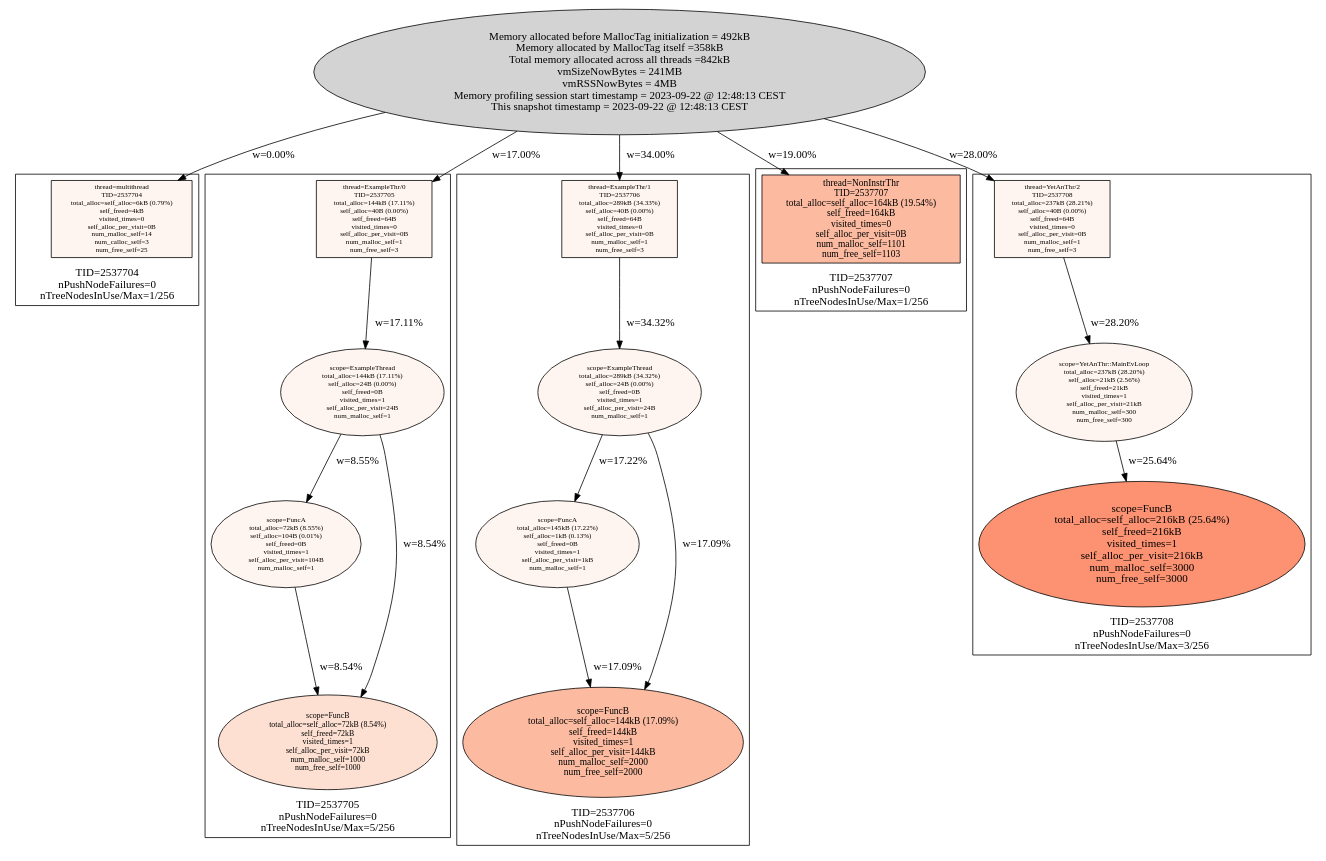
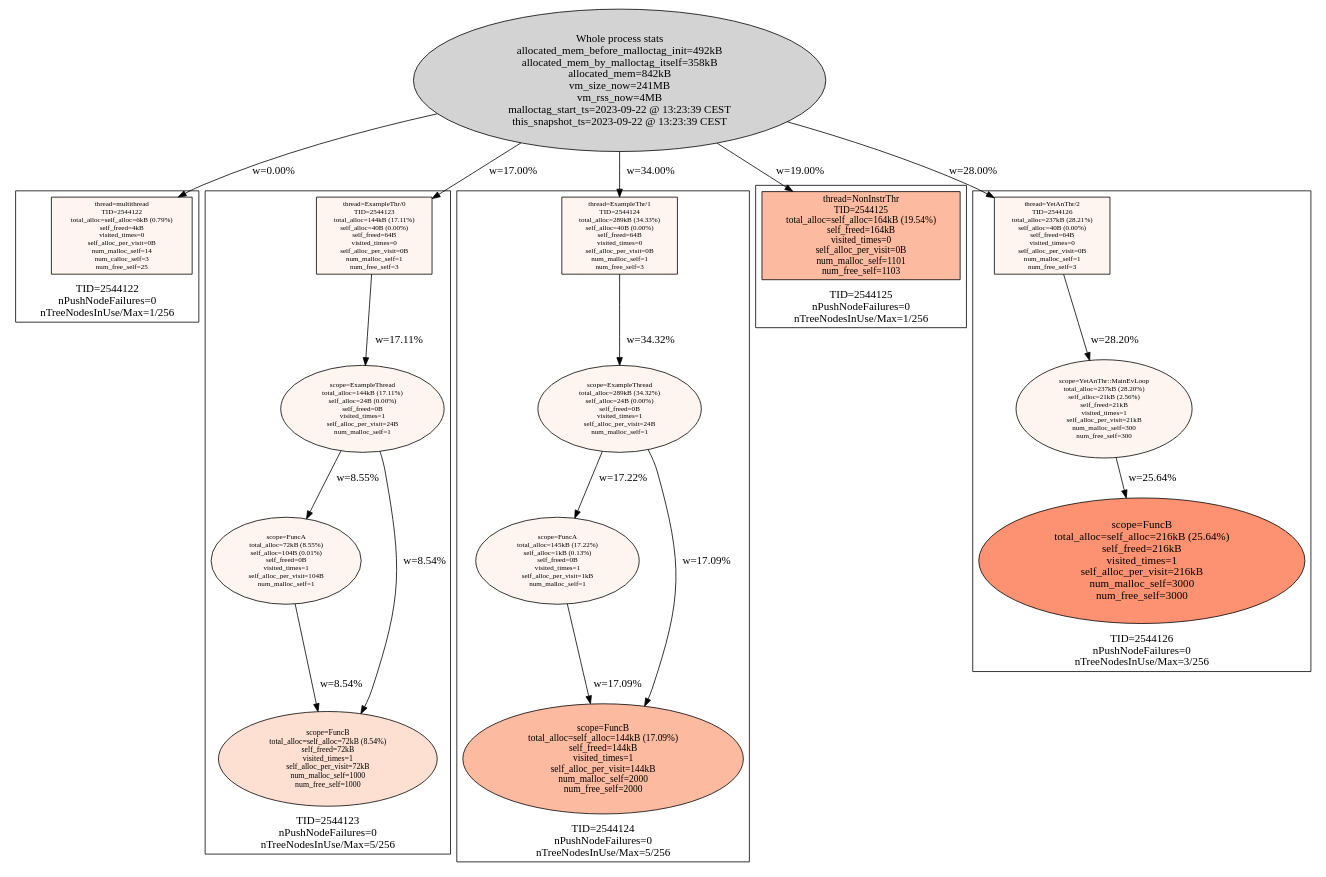
Before and after one commit to f18m/malloc-tag: the diagram in examples/multithread/multithread_stats.dot, drawn with Graphviz. The commit also changed 3 other files, not shown here.

```diff
--- a/examples/multithread/multithread_stats.dot
+++ b/examples/multithread/multithread_stats.dot
@@ -1,80 +1,80 @@
 digraph AllMallocTrees {
  node [colorscheme=reds9 style=filled]
-  "Process 2537704" [label="Memory allocated before MallocTag initialization = 492kB\nMemory allocated by MallocTag itself =358kB\nTotal memory allocated across all threads =842kB\nvmSizeNowBytes = 241MB\nvmRSSNowBytes = 4MB\nMemory profiling session start timestamp = 2023-09-22 @ 12:48:13 CEST\nThis snapshot timestamp = 2023-09-22 @ 12:48:13 CEST\n"
+  "Process 2544122" [label="Whole process stats\nallocated_mem_before_malloctag_init=492kB\nallocated_mem_by_malloctag_itself=358kB\nallocated_mem=842kB\nvm_size_now=241MB\nvm_rss_now=4MB\nmalloctag_start_ts=2023-09-22 @ 13:23:39 CEST\nthis_snapshot_ts=2023-09-22 @ 13:23:39 CEST\n"
 ]
- subgraph cluster_TID2537704 {
+ subgraph cluster_TID2544122 {
   node [colorscheme=reds9 style=filled]
   labelloc="b"
-  label="TID=2537704\nnPushNodeFailures=0\nnTreeNodesInUse/Max=1/256\n"
-  "2537704_multithread" [label="thread=multithread\nTID=2537704\ntotal_alloc=self_alloc=6kB (0.79%)\nself_freed=4kB\nvisited_times=0\nself_alloc_per_visit=0B\nnum_malloc_self=14\nnum_calloc_self=3\nnum_free_self=25\n"
+  label="TID=2544122\nnPushNodeFailures=0\nnTreeNodesInUse/Max=1/256\n"
+  "2544122_multithread" [label="thread=multithread\nTID=2544122\ntotal_alloc=self_alloc=6kB (0.79%)\nself_freed=4kB\nvisited_times=0\nself_alloc_per_visit=0B\nnum_malloc_self=14\nnum_calloc_self=3\nnum_free_self=25\n"
  shape=box fillcolor=1 fontsize=9]
  }
 
-  "Process 2537704" -> "2537704_multithread" [label="w=0.00%"]
- subgraph cluster_TID2537705 {
+  "Process 2544122" -> "2544122_multithread" [label="w=0.00%"]
+ subgraph cluster_TID2544123 {
   node [colorscheme=reds9 style=filled]
   labelloc="b"
-  label="TID=2537705\nnPushNodeFailures=0\nnTreeNodesInUse/Max=5/256\n"
-  "2537705_ExampleThr/0" [label="thread=ExampleThr/0\nTID=2537705\ntotal_alloc=144kB (17.11%)\nself_alloc=40B (0.00%)\nself_freed=64B\nvisited_times=0\nself_alloc_per_visit=0B\nnum_malloc_self=1\nnum_free_self=3\n"
+  label="TID=2544123\nnPushNodeFailures=0\nnTreeNodesInUse/Max=5/256\n"
+  "2544123_ExampleThr/0" [label="thread=ExampleThr/0\nTID=2544123\ntotal_alloc=144kB (17.11%)\nself_alloc=40B (0.00%)\nself_freed=64B\nvisited_times=0\nself_alloc_per_visit=0B\nnum_malloc_self=1\nnum_free_self=3\n"
  shape=box fillcolor=1 fontsize=9]
-  "2537705_ExampleThr/0" -> "2537705_ExampleThread" [label="w=17.11%"]
-  "2537705_ExampleThread" [label="scope=ExampleThread\ntotal_alloc=144kB (17.11%)\nself_alloc=24B (0.00%)\nself_freed=0B\nvisited_times=1\nself_alloc_per_visit=24B\nnum_malloc_self=1\n"
+  "2544123_ExampleThr/0" -> "2544123_ExampleThread" [label="w=17.11%"]
+  "2544123_ExampleThread" [label="scope=ExampleThread\ntotal_alloc=144kB (17.11%)\nself_alloc=24B (0.00%)\nself_freed=0B\nvisited_times=1\nself_alloc_per_visit=24B\nnum_malloc_self=1\n"
  fillcolor=1 fontsize=9]
-  "2537705_ExampleThread" -> "2537705_FuncA" [label="w=8.55%"]
-  "2537705_ExampleThread" -> "2537705_FuncB" [label="w=8.54%"]
-  "2537705_FuncA" [label="scope=FuncA\ntotal_alloc=72kB (8.55%)\nself_alloc=104B (0.01%)\nself_freed=0B\nvisited_times=1\nself_alloc_per_visit=104B\nnum_malloc_self=1\n"
+  "2544123_ExampleThread" -> "2544123_FuncA" [label="w=8.55%"]
+  "2544123_ExampleThread" -> "2544123_FuncB" [label="w=8.54%"]
+  "2544123_FuncA" [label="scope=FuncA\ntotal_alloc=72kB (8.55%)\nself_alloc=104B (0.01%)\nself_freed=0B\nvisited_times=1\nself_alloc_per_visit=104B\nnum_malloc_self=1\n"
  fillcolor=1 fontsize=9]
-  "2537705_FuncA" -> "2537705_FuncB" [label="w=8.54%"]
-  "2537705_FuncB" [label="scope=FuncB\ntotal_alloc=self_alloc=72kB (8.54%)\nself_freed=72kB\nvisited_times=1\nself_alloc_per_visit=72kB\nnum_malloc_self=1000\nnum_free_self=1000\n"
+  "2544123_FuncA" -> "2544123_FuncB" [label="w=8.54%"]
+  "2544123_FuncB" [label="scope=FuncB\ntotal_alloc=self_alloc=72kB (8.54%)\nself_freed=72kB\nvisited_times=1\nself_alloc_per_visit=72kB\nnum_malloc_self=1000\nnum_free_self=1000\n"
  fillcolor=2 fontsize=10]
-  "2537705_FuncB" [label="scope=FuncB\ntotal_alloc=self_alloc=72kB (8.54%)\nself_freed=72kB\nvisited_times=1\nself_alloc_per_visit=72kB\nnum_malloc_self=1000\nnum_free_self=1000\n"
+  "2544123_FuncB" [label="scope=FuncB\ntotal_alloc=self_alloc=72kB (8.54%)\nself_freed=72kB\nvisited_times=1\nself_alloc_per_visit=72kB\nnum_malloc_self=1000\nnum_free_self=1000\n"
  fillcolor=2 fontsize=10]
  }
 
-  "Process 2537704" -> "2537705_ExampleThr/0" [label="w=17.00%"]
- subgraph cluster_TID2537706 {
+  "Process 2544122" -> "2544123_ExampleThr/0" [label="w=17.00%"]
+ subgraph cluster_TID2544124 {
   node [colorscheme=reds9 style=filled]
   labelloc="b"
-  label="TID=2537706\nnPushNodeFailures=0\nnTreeNodesInUse/Max=5/256\n"
-  "2537706_ExampleThr/1" [label="thread=ExampleThr/1\nTID=2537706\ntotal_alloc=289kB (34.33%)\nself_alloc=40B (0.00%)\nself_freed=64B\nvisited_times=0\nself_alloc_per_visit=0B\nnum_malloc_self=1\nnum_free_self=3\n"
+  label="TID=2544124\nnPushNodeFailures=0\nnTreeNodesInUse/Max=5/256\n"
+  "2544124_ExampleThr/1" [label="thread=ExampleThr/1\nTID=2544124\ntotal_alloc=289kB (34.33%)\nself_alloc=40B (0.00%)\nself_freed=64B\nvisited_times=0\nself_alloc_per_visit=0B\nnum_malloc_self=1\nnum_free_self=3\n"
  shape=box fillcolor=1 fontsize=9]
-  "2537706_ExampleThr/1" -> "2537706_ExampleThread" [label="w=34.32%"]
-  "2537706_ExampleThread" [label="scope=ExampleThread\ntotal_alloc=289kB (34.32%)\nself_alloc=24B (0.00%)\nself_freed=0B\nvisited_times=1\nself_alloc_per_visit=24B\nnum_malloc_self=1\n"
+  "2544124_ExampleThr/1" -> "2544124_ExampleThread" [label="w=34.32%"]
+  "2544124_ExampleThread" [label="scope=ExampleThread\ntotal_alloc=289kB (34.32%)\nself_alloc=24B (0.00%)\nself_freed=0B\nvisited_times=1\nself_alloc_per_visit=24B\nnum_malloc_self=1\n"
  fillcolor=1 fontsize=9]
-  "2537706_ExampleThread" -> "2537706_FuncA" [label="w=17.22%"]
-  "2537706_ExampleThread" -> "2537706_FuncB" [label="w=17.09%"]
-  "2537706_FuncA" [label="scope=FuncA\ntotal_alloc=145kB (17.22%)\nself_alloc=1kB (0.13%)\nself_freed=0B\nvisited_times=1\nself_alloc_per_visit=1kB\nnum_malloc_self=1\n"
+  "2544124_ExampleThread" -> "2544124_FuncA" [label="w=17.22%"]
+  "2544124_ExampleThread" -> "2544124_FuncB" [label="w=17.09%"]
+  "2544124_FuncA" [label="scope=FuncA\ntotal_alloc=145kB (17.22%)\nself_alloc=1kB (0.13%)\nself_freed=0B\nvisited_times=1\nself_alloc_per_visit=1kB\nnum_malloc_self=1\n"
  fillcolor=1 fontsize=9]
-  "2537706_FuncA" -> "2537706_FuncB" [label="w=17.09%"]
-  "2537706_FuncB" [label="scope=FuncB\ntotal_alloc=self_alloc=144kB (17.09%)\nself_freed=144kB\nvisited_times=1\nself_alloc_per_visit=144kB\nnum_malloc_self=2000\nnum_free_self=2000\n"
+  "2544124_FuncA" -> "2544124_FuncB" [label="w=17.09%"]
+  "2544124_FuncB" [label="scope=FuncB\ntotal_alloc=self_alloc=144kB (17.09%)\nself_freed=144kB\nvisited_times=1\nself_alloc_per_visit=144kB\nnum_malloc_self=2000\nnum_free_self=2000\n"
  fillcolor=3 fontsize=12]
-  "2537706_FuncB" [label="scope=FuncB\ntotal_alloc=self_alloc=144kB (17.09%)\nself_freed=144kB\nvisited_times=1\nself_alloc_per_visit=144kB\nnum_malloc_self=2000\nnum_free_self=2000\n"
+  "2544124_FuncB" [label="scope=FuncB\ntotal_alloc=self_alloc=144kB (17.09%)\nself_freed=144kB\nvisited_times=1\nself_alloc_per_visit=144kB\nnum_malloc_self=2000\nnum_free_self=2000\n"
  fillcolor=3 fontsize=12]
  }
 
-  "Process 2537704" -> "2537706_ExampleThr/1" [label="w=34.00%"]
- subgraph cluster_TID2537707 {
+  "Process 2544122" -> "2544124_ExampleThr/1" [label="w=34.00%"]
+ subgraph cluster_TID2544125 {
   node [colorscheme=reds9 style=filled]
   labelloc="b"
-  label="TID=2537707\nnPushNodeFailures=0\nnTreeNodesInUse/Max=1/256\n"
-  "2537707_NonInstrThr" [label="thread=NonInstrThr\nTID=2537707\ntotal_alloc=self_alloc=164kB (19.54%)\nself_freed=164kB\nvisited_times=0\nself_alloc_per_visit=0B\nnum_malloc_self=1101\nnum_free_self=1103\n"
+  label="TID=2544125\nnPushNodeFailures=0\nnTreeNodesInUse/Max=1/256\n"
+  "2544125_NonInstrThr" [label="thread=NonInstrThr\nTID=2544125\ntotal_alloc=self_alloc=164kB (19.54%)\nself_freed=164kB\nvisited_times=0\nself_alloc_per_visit=0B\nnum_malloc_self=1101\nnum_free_self=1103\n"
  shape=box fillcolor=3 fontsize=12]
  }
 
-  "Process 2537704" -> "2537707_NonInstrThr" [label="w=19.00%"]
- subgraph cluster_TID2537708 {
+  "Process 2544122" -> "2544125_NonInstrThr" [label="w=19.00%"]
+ subgraph cluster_TID2544126 {
   node [colorscheme=reds9 style=filled]
   labelloc="b"
-  label="TID=2537708\nnPushNodeFailures=0\nnTreeNodesInUse/Max=3/256\n"
-  "2537708_YetAnThr/2" [label="thread=YetAnThr/2\nTID=2537708\ntotal_alloc=237kB (28.21%)\nself_alloc=40B (0.00%)\nself_freed=64B\nvisited_times=0\nself_alloc_per_visit=0B\nnum_malloc_self=1\nnum_free_self=3\n"
+  label="TID=2544126\nnPushNodeFailures=0\nnTreeNodesInUse/Max=3/256\n"
+  "2544126_YetAnThr/2" [label="thread=YetAnThr/2\nTID=2544126\ntotal_alloc=237kB (28.21%)\nself_alloc=40B (0.00%)\nself_freed=64B\nvisited_times=0\nself_alloc_per_visit=0B\nnum_malloc_self=1\nnum_free_self=3\n"
  shape=box fillcolor=1 fontsize=9]
-  "2537708_YetAnThr/2" -> "2537708_YetAnThr::MainEvLoop" [label="w=28.20%"]
-  "2537708_YetAnThr::MainEvLoop" [label="scope=YetAnThr::MainEvLoop\ntotal_alloc=237kB (28.20%)\nself_alloc=21kB (2.56%)\nself_freed=21kB\nvisited_times=1\nself_alloc_per_visit=21kB\nnum_malloc_self=300\nnum_free_self=300\n"
+  "2544126_YetAnThr/2" -> "2544126_YetAnThr::MainEvLoop" [label="w=28.20%"]
+  "2544126_YetAnThr::MainEvLoop" [label="scope=YetAnThr::MainEvLoop\ntotal_alloc=237kB (28.20%)\nself_alloc=21kB (2.56%)\nself_freed=21kB\nvisited_times=1\nself_alloc_per_visit=21kB\nnum_malloc_self=300\nnum_free_self=300\n"
  fillcolor=1 fontsize=9]
-  "2537708_YetAnThr::MainEvLoop" -> "2537708_FuncB" [label="w=25.64%"]
-  "2537708_FuncB" [label="scope=FuncB\ntotal_alloc=self_alloc=216kB (25.64%)\nself_freed=216kB\nvisited_times=1\nself_alloc_per_visit=216kB\nnum_malloc_self=3000\nnum_free_self=3000\n"
+  "2544126_YetAnThr::MainEvLoop" -> "2544126_FuncB" [label="w=25.64%"]
+  "2544126_FuncB" [label="scope=FuncB\ntotal_alloc=self_alloc=216kB (25.64%)\nself_freed=216kB\nvisited_times=1\nself_alloc_per_visit=216kB\nnum_malloc_self=3000\nnum_free_self=3000\n"
  fillcolor=4 fontsize=14]
  }
 
-  "Process 2537704" -> "2537708_YetAnThr/2" [label="w=28.00%"]
+  "Process 2544122" -> "2544126_YetAnThr/2" [label="w=28.00%"]
 }
```
